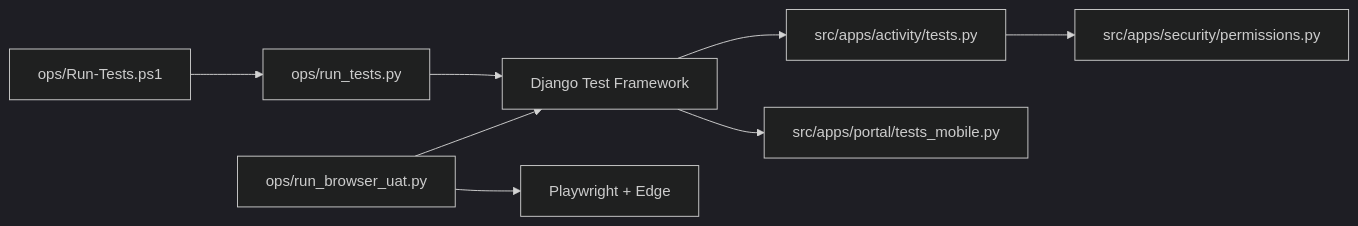
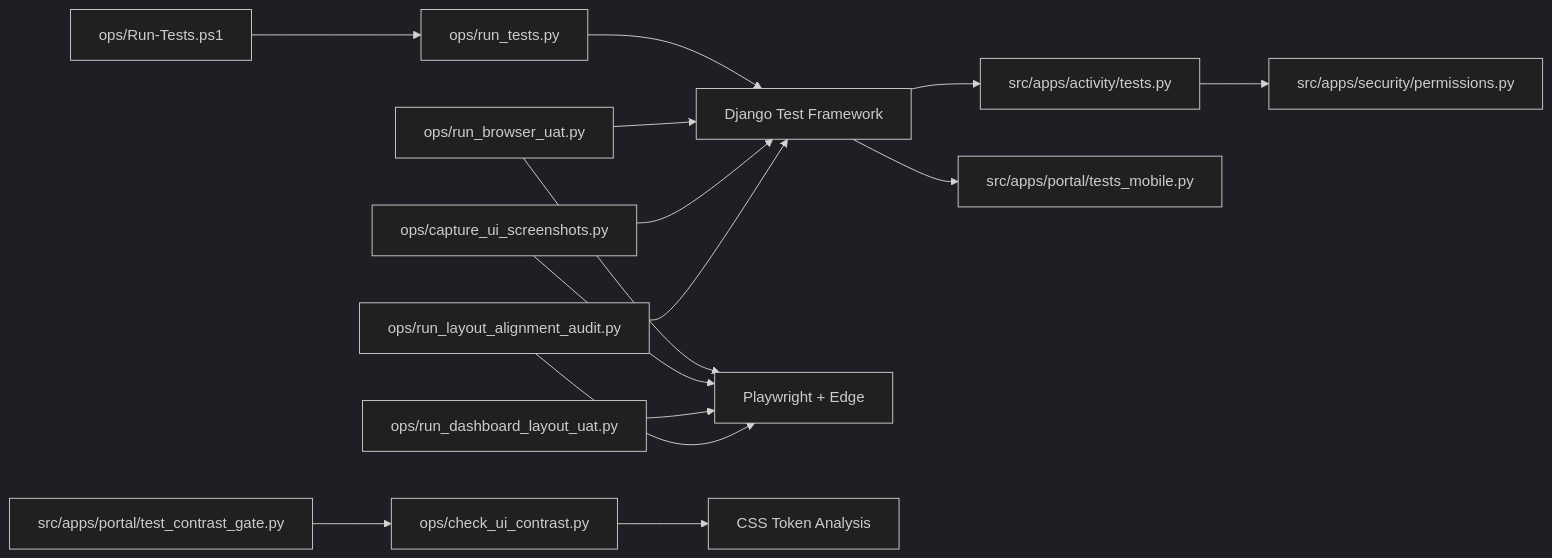
Diagram 20 of 20 in .qoder/repowiki/en/content/Testing Strategy.md (dinhtanhb/QLHCNS), drawn with Mermaid (dark theme) before and after one commit. The commit also changed other lines of this file and 98 other files, not shown here.

````diff
--- a/.qoder/repowiki/en/content/Testing Strategy.md
+++ b/.qoder/repowiki/en/content/Testing Strategy.md
@@ -423,10 +850,17 @@
 ```mermaid
 graph LR
 PS["ops/Run-Tests.ps1"] --> RT["ops/run_tests.py"]
 RT --> DJ["Django Test Framework"]
 DJ --> AT["src/apps/activity/tests.py"]
 DJ --> PM["src/apps/portal/tests_mobile.py"]
 BUAT["ops/run_browser_uat.py"] --> DJ
 BUAT --> PW["Playwright + Edge"]
+SS["ops/capture_ui_screenshots.py"] --> DJ
+SS --> PW
+CC["ops/check_ui_contrast.py"] --> CSS["CSS Token Analysis"]
+TCG["src/apps/portal/test_contrast_gate.py"] --> CC
+DL["ops/run_dashboard_layout_uat.py"] --> PW
+LA["ops/run_layout_alignment_audit.py"] --> DJ
+LA --> PW
 AT --> PERM["src/apps/security/permissions.py"]
 ```
````
